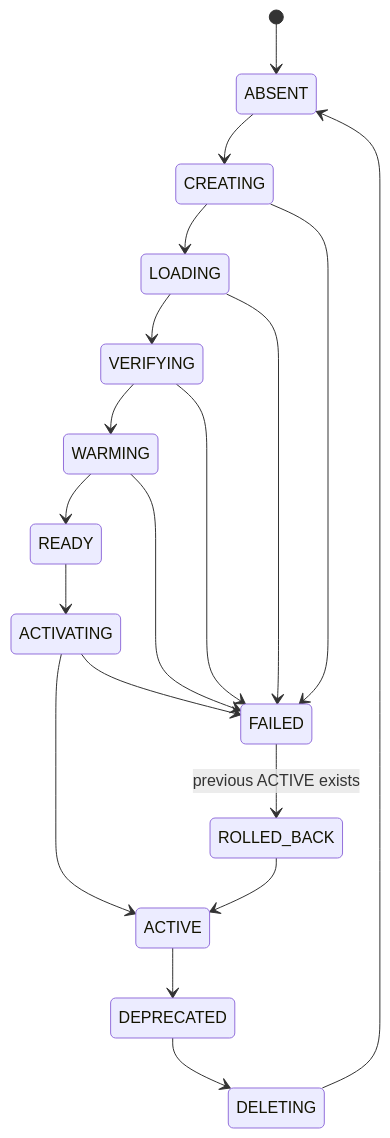
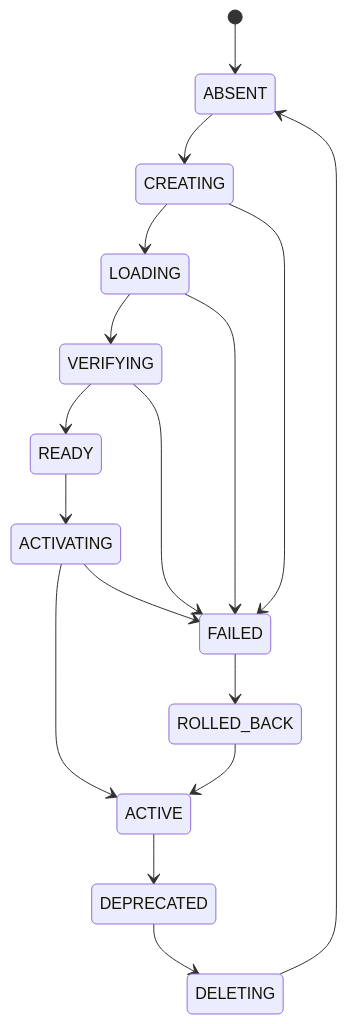
One commit to settorka/hybrid-search changed the second of 2 diagrams in v2/look ahead.md. Above: the diagram before and after it, drawn with Mermaid. The commit also changed other lines of this file and 47 other files, not shown here.

````diff
--- a/v2/look ahead.md
+++ b/v2/look ahead.md
@@ -143,24 +71,19 @@
 ```mermaid
 stateDiagram-v2
   [*] --> ABSENT
   ABSENT --> CREATING
   CREATING --> LOADING
   LOADING --> VERIFYING
-  VERIFYING --> WARMING
-  WARMING --> READY
+  VERIFYING --> READY
   READY --> ACTIVATING
   ACTIVATING --> ACTIVE
-
   ACTIVE --> DEPRECATED
   DEPRECATED --> DELETING
   DELETING --> ABSENT
-
   CREATING --> FAILED
   LOADING --> FAILED
   VERIFYING --> FAILED
-  WARMING --> FAILED
   ACTIVATING --> FAILED
-
-  FAILED --> ROLLED_BACK: previous ACTIVE exists
+  FAILED --> ROLLED_BACK
   ROLLED_BACK --> ACTIVE
 ```
````
